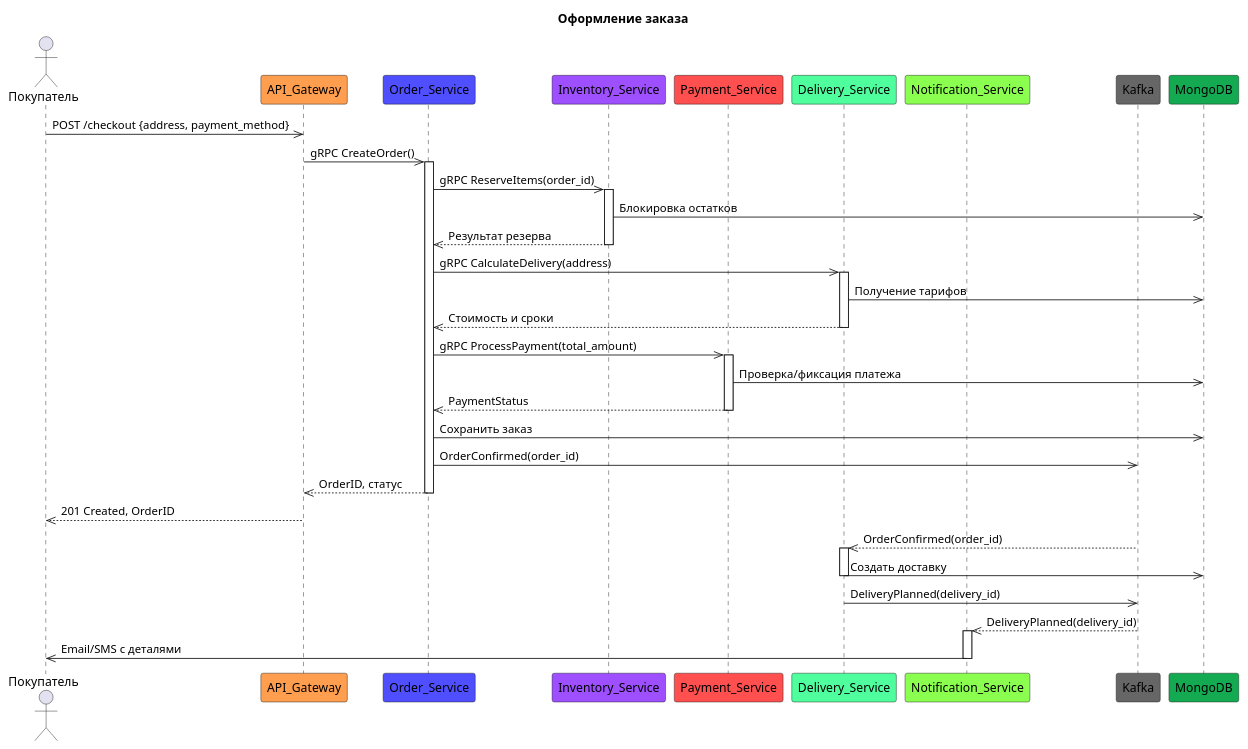
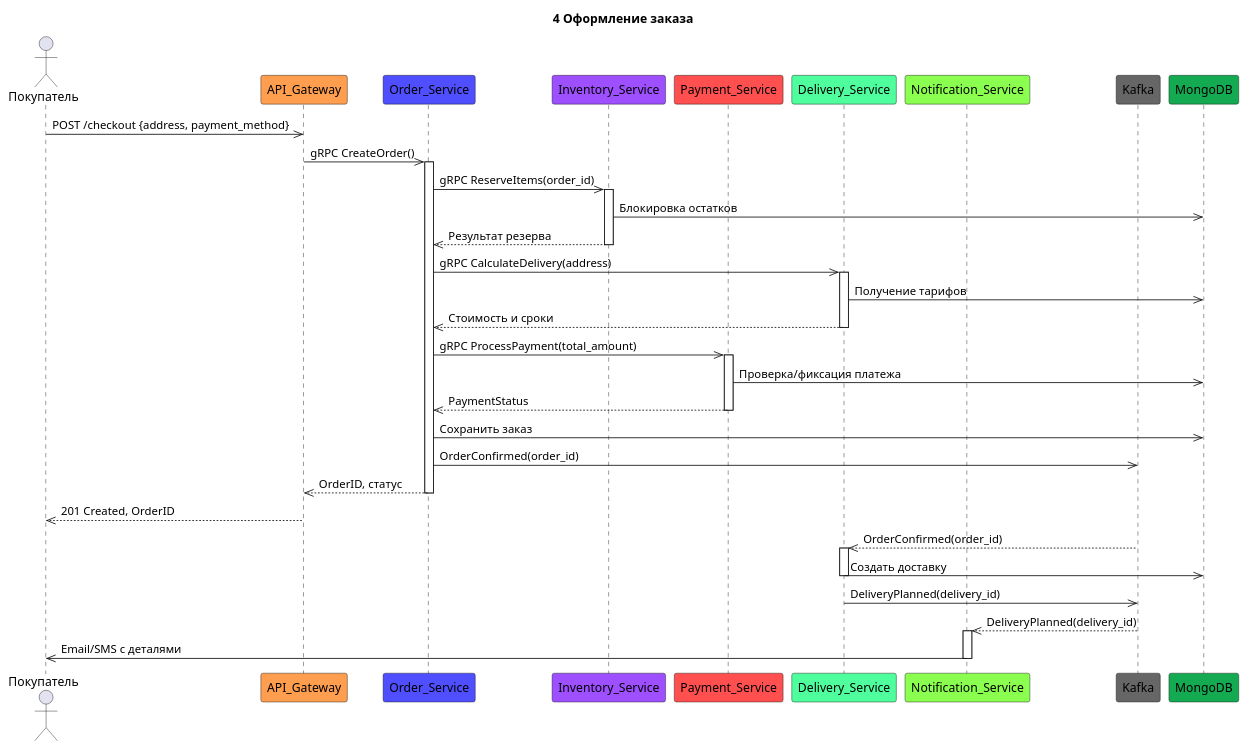
Before and after one commit to puld/otus_am_dz2: the diagram in sequence/04 Оформление заказа.puml, drawn with PlantUML. The commit also changed 5 other files, not shown here.

Commit message:
добавил диаграммы

```diff
--- a/sequence/04 Оформление заказа.puml
+++ b/sequence/04 Оформление заказа.puml
@@ -1,45 +1,45 @@
 @startuml Оформление_заказа
-title Оформление заказа
+title 4 Оформление заказа
     actor Покупатель
     participant API_Gateway #ff9e4f
     participant Order_Service #4f4fff
     participant Inventory_Service #9e4fff
     participant Payment_Service #ff4f4f
     participant Delivery_Service #4fff9e
     participant Notification_Service #8aff4f
     participant Kafka #666666
     participant MongoDB #13aa52
 
     ' 1. Покупатель инициирует оформление заказа
     Покупатель ->> API_Gateway: POST /checkout {address, payment_method}
     API_Gateway ->> Order_Service++: gRPC CreateOrder()
 
     ' 2. Резервирование товаров
     Order_Service ->> Inventory_Service++: gRPC ReserveItems(order_id)
     Inventory_Service ->> MongoDB: Блокировка остатков
     Inventory_Service -->> Order_Service--: Результат резерва
 
     ' 3. Расчет стоимости доставки
     Order_Service ->> Delivery_Service++: gRPC CalculateDelivery(address)
     Delivery_Service ->> MongoDB: Получение тарифов
     Delivery_Service -->> Order_Service--: Стоимость и сроки
 
     ' 4. Обработка платежа
     Order_Service ->> Payment_Service++: gRPC ProcessPayment(total_amount)
     Payment_Service ->> MongoDB: Проверка/фиксация платежа
     Payment_Service -->> Order_Service--: PaymentStatus
 
     ' 5. Фиксация заказа
     Order_Service ->> MongoDB: Сохранить заказ
     Order_Service ->> Kafka: OrderConfirmed(order_id)
     Order_Service -->> API_Gateway--: OrderID, статус
     API_Gateway -->> Покупатель: 201 Created, OrderID
 
     ' 6. Асинхронные процессы (события и уведомления)
     Kafka -->> Delivery_Service++: OrderConfirmed(order_id)
     Delivery_Service ->> MongoDB--: Создать доставку
     Delivery_Service ->> Kafka: DeliveryPlanned(delivery_id)
     
     Kafka -->> Notification_Service++:DeliveryPlanned(delivery_id)
     Notification_Service ->> Покупатель--: Email/SMS с деталями
 @enduml
```
